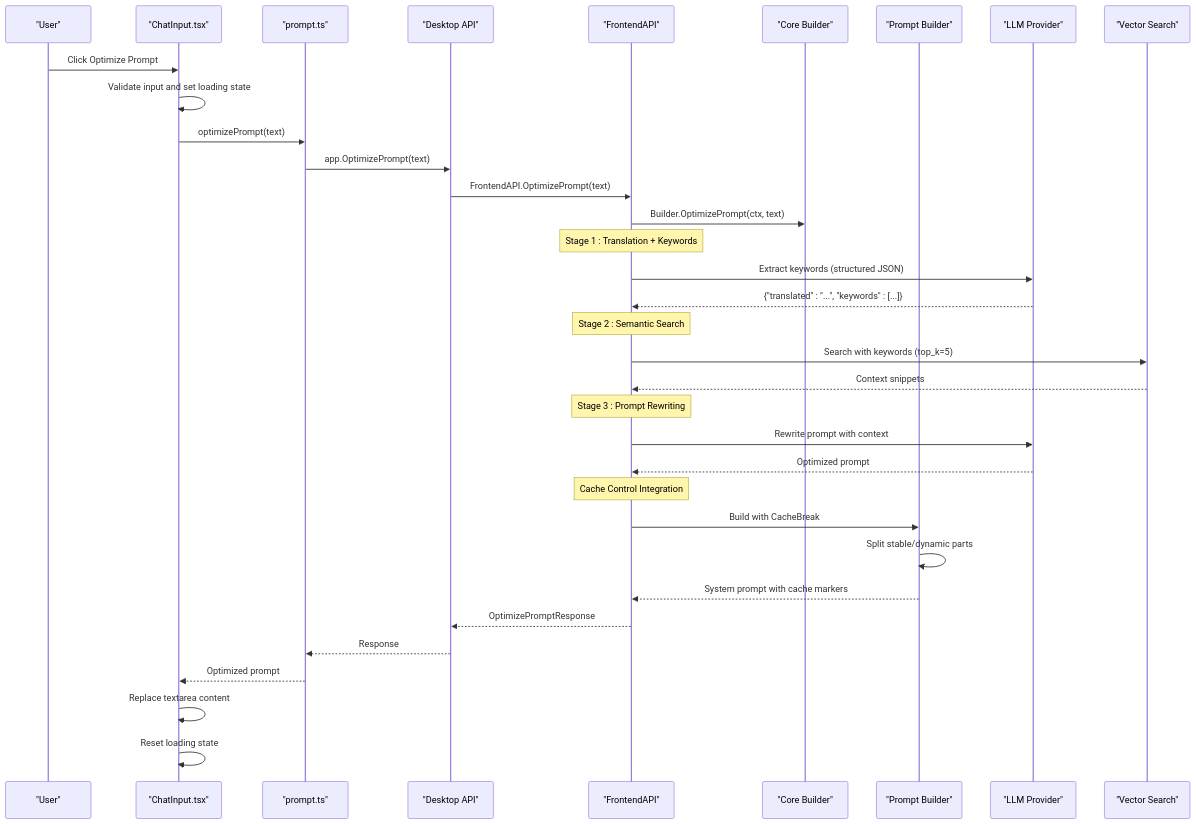
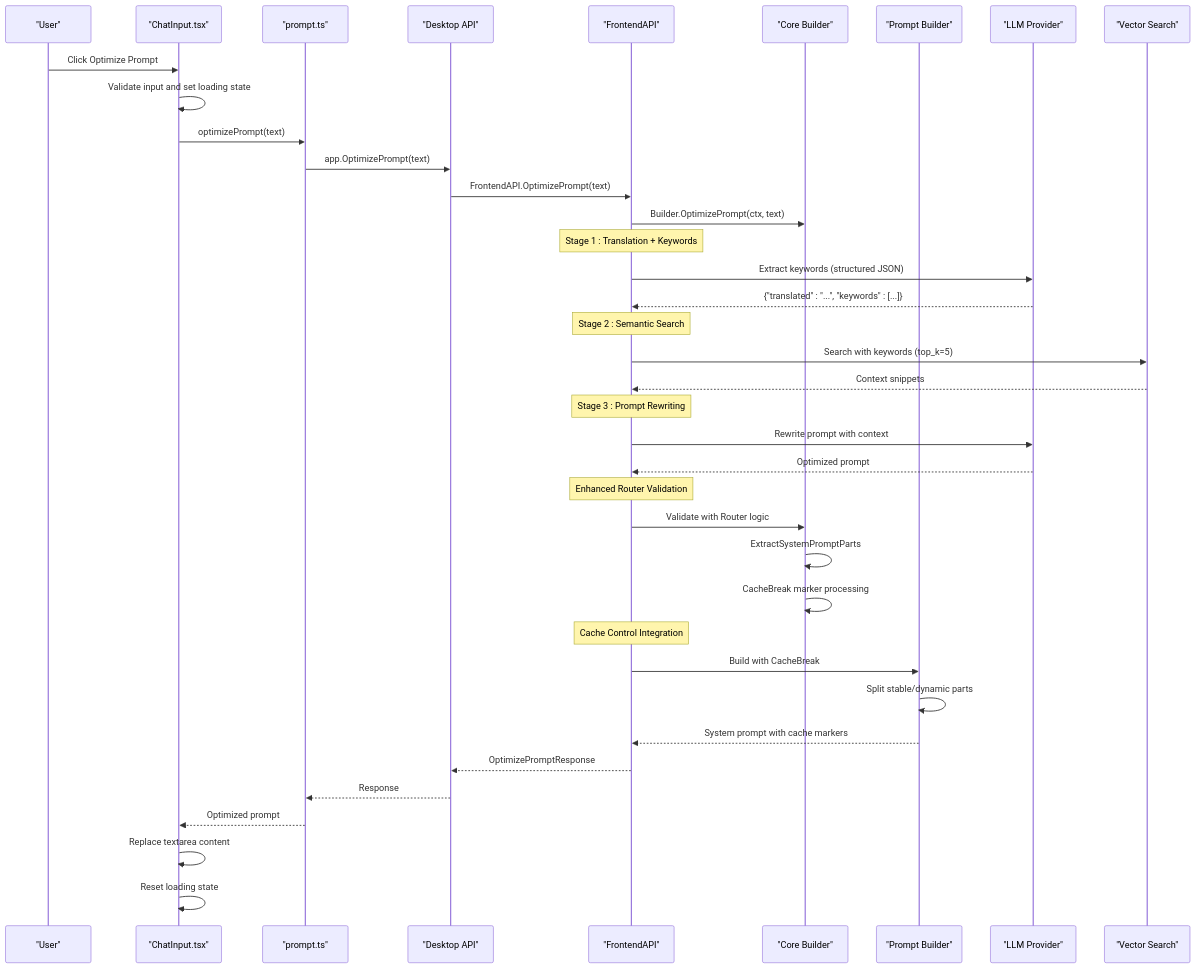
The first of 5 diagrams in .qoder/repowiki/en/content/Architecture/Core AI Engine Architecture/Prompt Optimization Feature.md (v0lka/c0wrk), drawn with Mermaid before and after one commit. The commit also changed other lines of this file and 3 other files, not shown here.

````diff
--- a/.qoder/repowiki/en/content/Architecture/Core AI Engine Architecture/Prompt Optimization Feature.md
+++ b/.qoder/repowiki/en/content/Architecture/Core AI Engine Architecture/Prompt Optimization Feature.md
@@ -75,36 +80,40 @@
 ```mermaid
 sequenceDiagram
 participant User as "User"
 participant UI as "ChatInput.tsx"
 participant API as "prompt.ts"
 participant Desktop as "Desktop API"
 participant Backend as "FrontendAPI"
 participant Core as "Core Builder"
 participant PromptBuilder as "Prompt Builder"
 participant LLM as "LLM Provider"
 participant Vector as "Vector Search"
 User->>UI : Click Optimize Prompt
 UI->>UI : Validate input and set loading state
 UI->>API : optimizePrompt(text)
 API->>Desktop : app.OptimizePrompt(text)
 Desktop->>Backend : FrontendAPI.OptimizePrompt(text)
 Backend->>Core : Builder.OptimizePrompt(ctx, text)
 Note over Backend : Stage 1 : Translation + Keywords
 Backend->>LLM : Extract keywords (structured JSON)
 LLM-->>Backend : {"translated" : "...", "keywords" : [...]}
 Note over Backend : Stage 2 : Semantic Search
 Backend->>Vector : Search with keywords (top_k=5)
 Vector-->>Backend : Context snippets
 Note over Backend : Stage 3 : Prompt Rewriting
 Backend->>LLM : Rewrite prompt with context
 LLM-->>Backend : Optimized prompt
+Note over Backend : Enhanced Router Validation
+Backend->>Core : Validate with Router logic
+Core->>Core : ExtractSystemPromptParts
+Core->>Core : CacheBreak marker processing
 Note over Backend : Cache Control Integration
 Backend->>PromptBuilder : Build with CacheBreak
 PromptBuilder->>PromptBuilder : Split stable/dynamic parts
 PromptBuilder-->>Backend : System prompt with cache markers
 Backend-->>Desktop : OptimizePromptResponse
 Desktop-->>API : Response
 API-->>UI : Optimized prompt
 UI->>UI : Replace textarea content
 UI->>UI : Reset loading state
 ```
````
